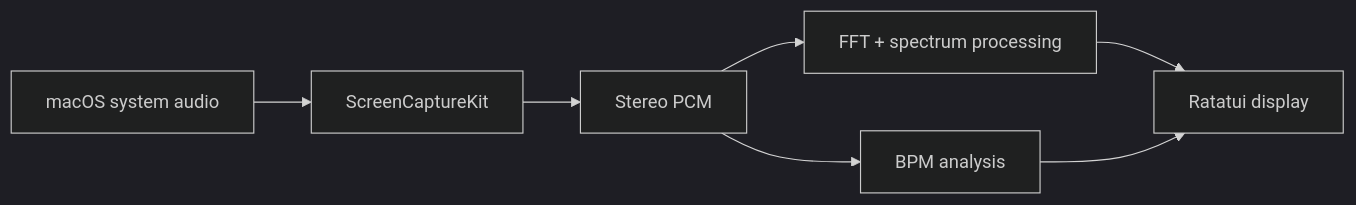
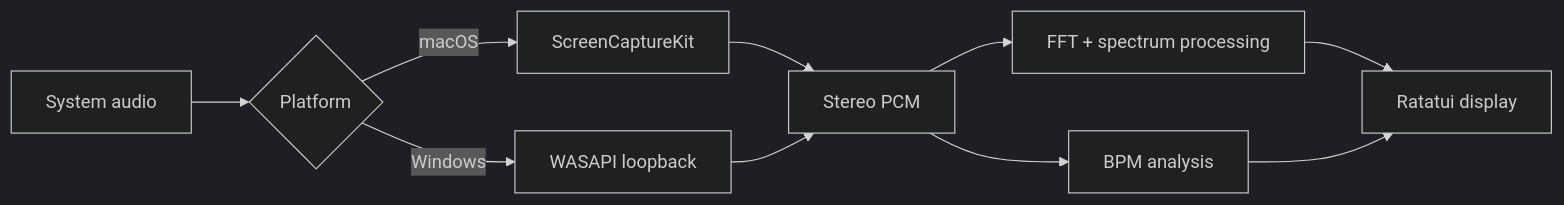
Before and after one commit to pentaoa/terb: the diagram in README.md, drawn with Mermaid (dark theme). The commit also changed other lines of this file and 5 other files, not shown here.

First line of the commit message:
Add Windows WASAPI capture and ignore key releases.

````diff
--- a/README.md
+++ b/README.md
@@ -133,9 +139,12 @@
 ```mermaid
 flowchart LR
-    A[macOS system audio] --> B[ScreenCaptureKit]
-    B --> C[Stereo PCM]
-    C --> D[FFT + spectrum processing]
-    C --> E[BPM analysis]
-    D --> F[Ratatui display]
-    E --> F
+    A[System audio] --> B{Platform}
+    B -->|macOS| C[ScreenCaptureKit]
+    B -->|Windows| D[WASAPI loopback]
+    C --> E[Stereo PCM]
+    D --> E
+    E --> F[FFT + spectrum processing]
+    E --> G[BPM analysis]
+    F --> H[Ratatui display]
+    G --> H
 ```
````
